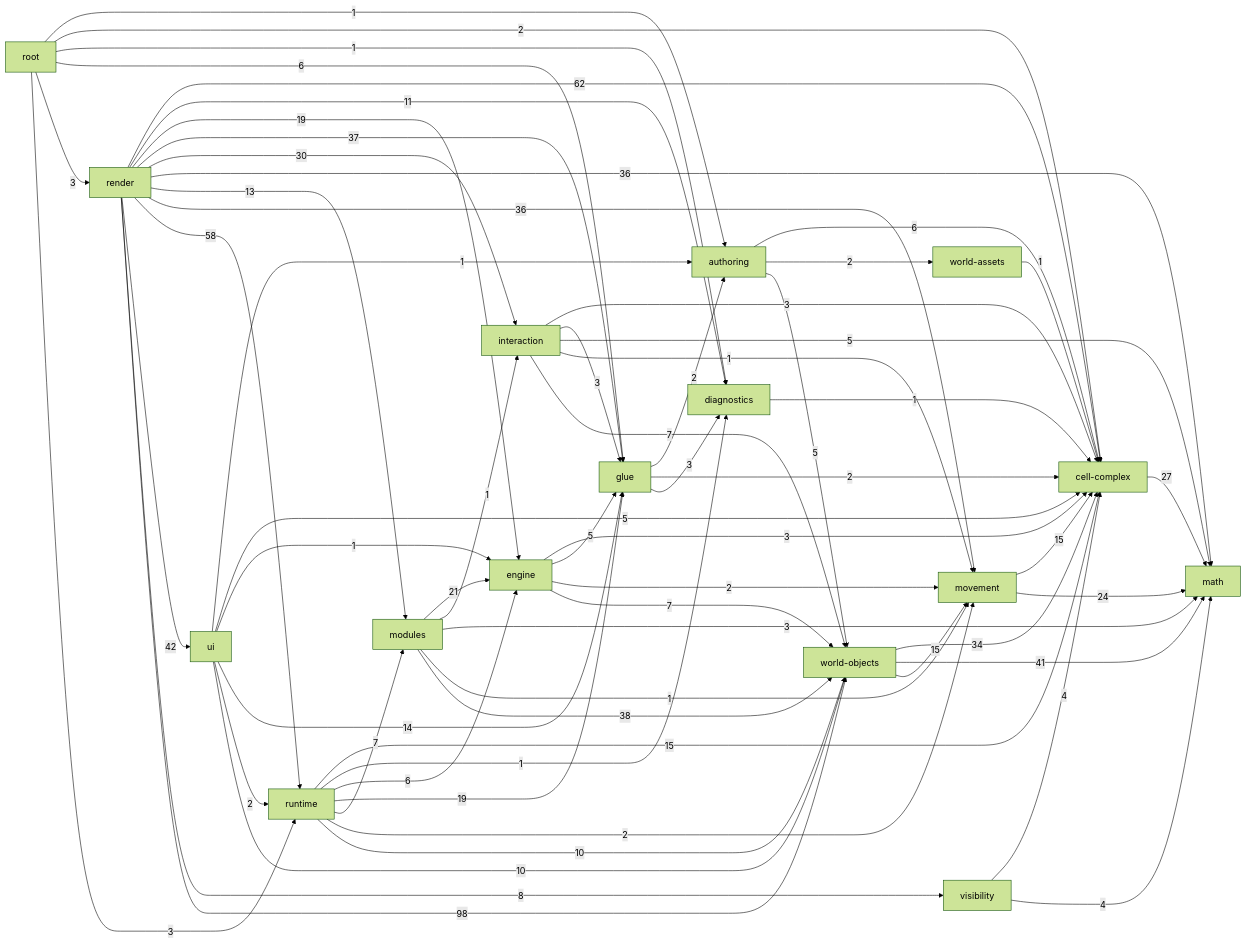
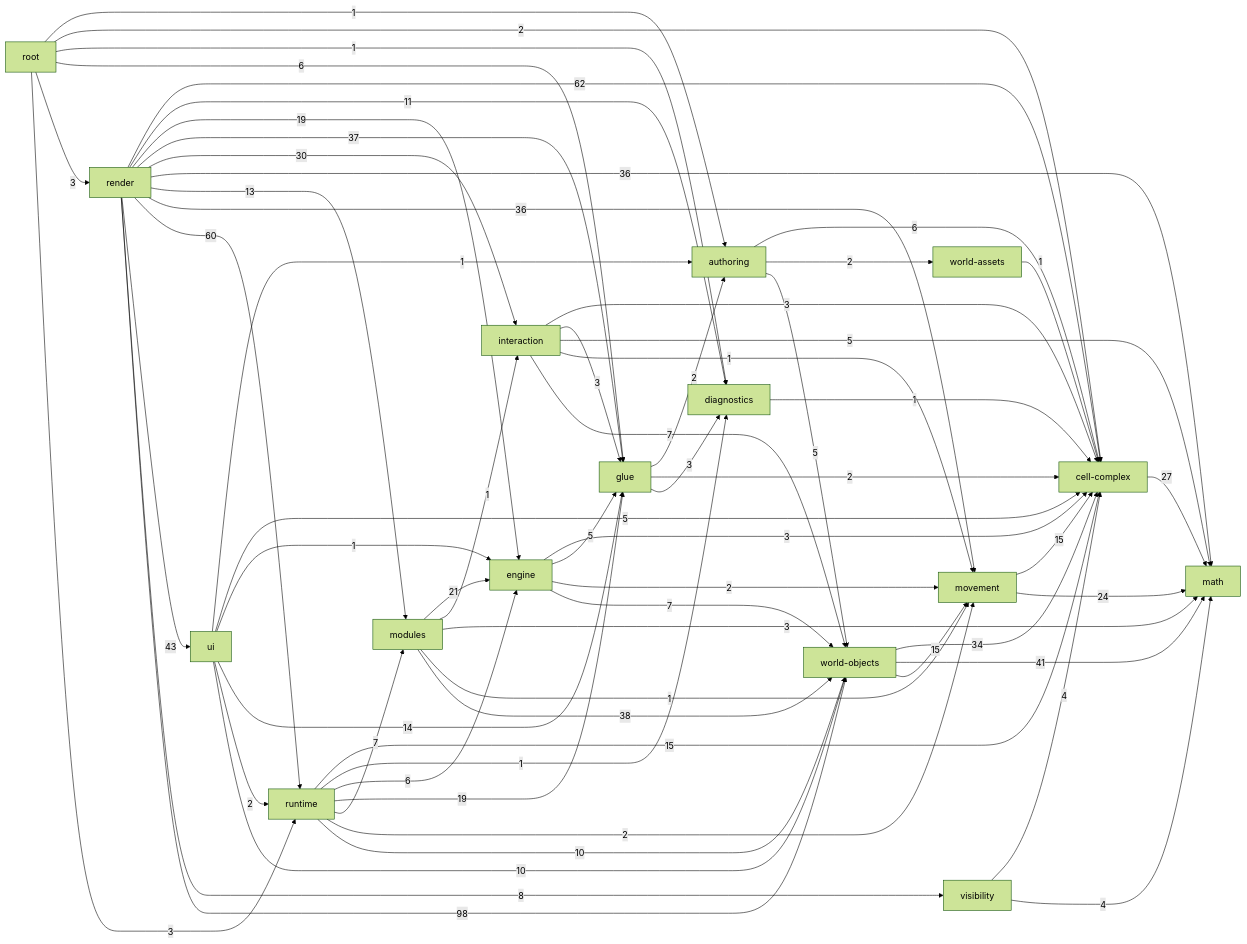
One commit to guraltsev/noneuclid-fpv changed the diagram in _docs/generated/ARCHITECTURE_REFERENCE.md. Above: the diagram before and after it, drawn with Mermaid (forest theme). The commit also changed other lines of this file and 28 other files, not shown here.

````diff
--- a/_docs/generated/ARCHITECTURE_REFERENCE.md
+++ b/_docs/generated/ARCHITECTURE_REFERENCE.md
@@ -37,80 +37,80 @@
 ```mermaid
 flowchart LR
   math["math"]
   cell_complex["cell-complex"]
   diagnostics["diagnostics"]
   visibility["visibility"]
   movement["movement"]
   world_assets["world-assets"]
   world_objects["world-objects"]
   authoring["authoring"]
   glue["glue"]
   interaction["interaction"]
   engine["engine"]
   modules["modules"]
   runtime["runtime"]
   ui["ui"]
   render["render"]
   root["root"]
   authoring -->|6| cell_complex
   authoring -->|2| world_assets
   authoring -->|5| world_objects
   cell_complex -->|27| math
   diagnostics -->|1| cell_complex
   engine -->|3| cell_complex
   engine -->|5| glue
   engine -->|2| movement
   engine -->|7| world_objects
   glue -->|2| authoring
   glue -->|2| cell_complex
   glue -->|3| diagnostics
   interaction -->|3| cell_complex
   interaction -->|3| glue
   interaction -->|5| math
   interaction -->|1| movement
   interaction -->|7| world_objects
   modules -->|21| engine
   modules -->|1| interaction
   modules -->|3| math
   modules -->|1| movement
   modules -->|38| world_objects
   movement -->|15| cell_complex
   movement -->|24| math
   render -->|62| cell_complex
   render -->|11| diagnostics
   render -->|19| engine
   render -->|37| glue
   render -->|30| interaction
   render -->|36| math
   render -->|13| modules
   render -->|36| movement
-  render -->|58| runtime
-  render -->|42| ui
+  render -->|60| runtime
+  render -->|43| ui
   render -->|8| visibility
   render -->|98| world_objects
   root -->|1| authoring
   root -->|2| cell_complex
   root -->|1| diagnostics
   root -->|6| glue
   root -->|3| render
   root -->|3| runtime
   runtime -->|15| cell_complex
   runtime -->|1| diagnostics
   runtime -->|6| engine
   runtime -->|19| glue
   runtime -->|7| modules
   runtime -->|2| movement
   runtime -->|10| world_objects
   ui -->|1| authoring
   ui -->|5| cell_complex
   ui -->|1| engine
   ui -->|14| glue
   ui -->|2| runtime
   ui -->|10| world_objects
   visibility -->|4| cell_complex
   visibility -->|4| math
   world_assets -->|1| cell_complex
   world_objects -->|34| cell_complex
   world_objects -->|41| math
   world_objects -->|15| movement
 ```
````
